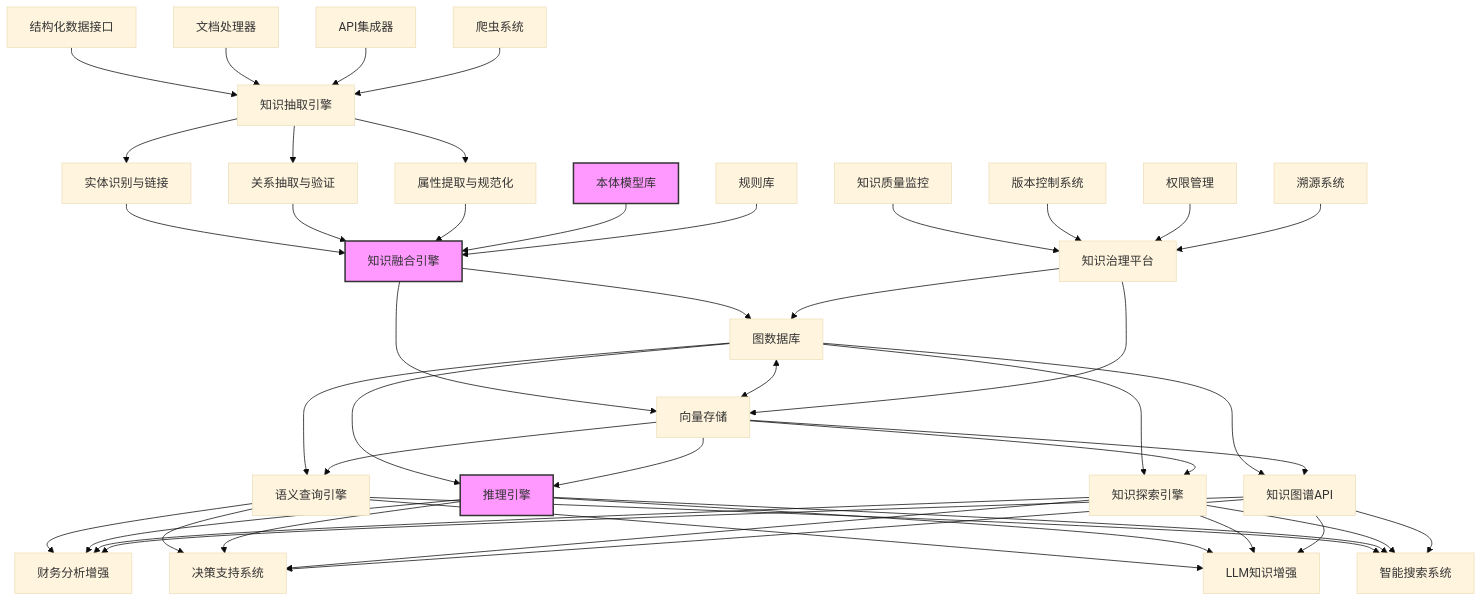
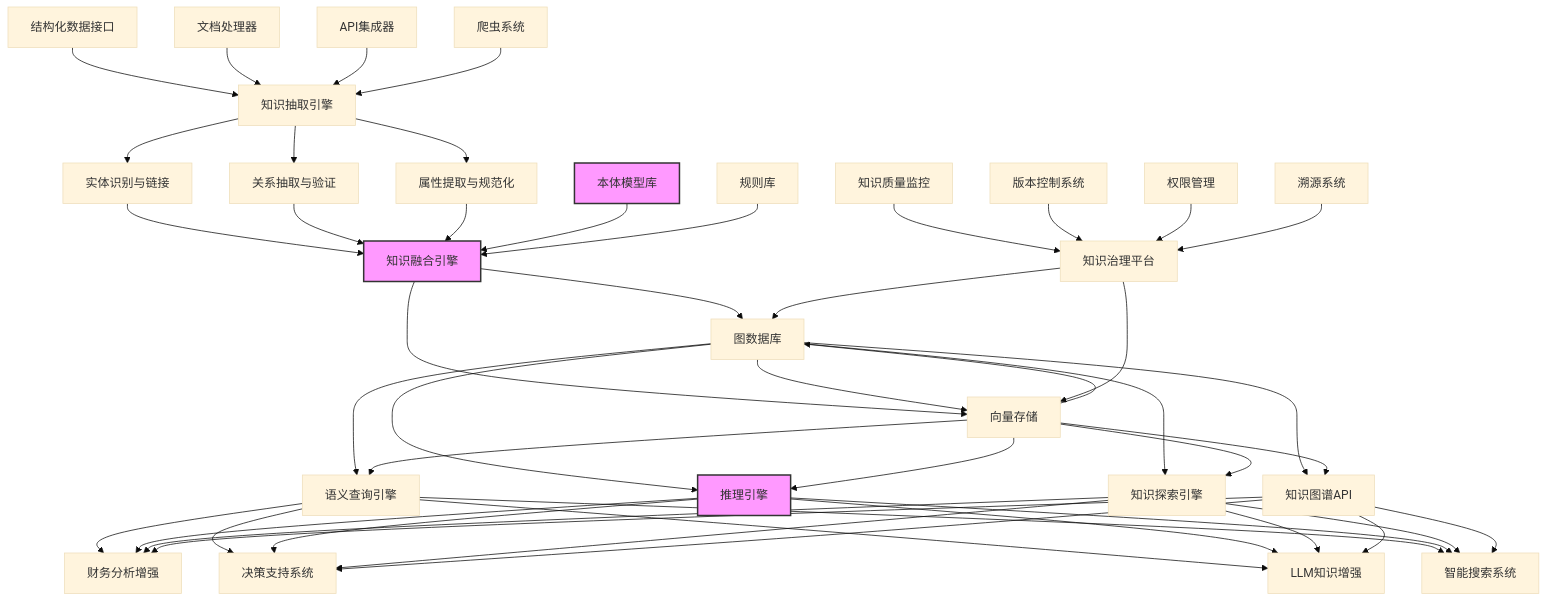
One commit to amcoimg/my-digital-garden changed the diagram in src/site/notes/知识共享/001_财务/99_其他/AI与财务应用/05_财务人工智能系统架构/5.2 数据基础设施/5.2 财务知识图谱构建.md. Above: the diagram before and after it, drawn with Mermaid (base theme).

Commit message:
Published multiple files

````diff
--- a/src/site/notes/知识共享/001_财务/99_其他/AI与财务应用/05_财务人工智能系统架构/5.2 数据基础设施/5.2 财务知识图谱构建.md
+++ b/src/site/notes/知识共享/001_财务/99_其他/AI与财务应用/05_财务人工智能系统架构/5.2 数据基础设施/5.2 财务知识图谱构建.md
@@ -42,57 +42,58 @@
 ```mermaid
 graph TB
   A1[结构化数据接口] --> A[知识抽取引擎]
   A2[文档处理器] --> A
   A3[API集成器] --> A
   A4[爬虫系统] --> A
   
   A --> B1[实体识别与链接]
   A --> B2[关系抽取与验证]
   A --> B3[属性提取与规范化]
   B1 --> B[知识融合引擎]
   B2 --> B
   B3 --> B
   C1[本体模型库] --> B
   C2[规则库] --> B
   
   B --> D[图数据库]
   B --> E[向量存储]
-  D <--> E
+  D --> E
+  E --> D
   
   D --> F1[语义查询引擎]
   E --> F1
   D --> F2[推理引擎]
   E --> F2
   D --> F3[知识探索引擎]
   E --> F3
   D --> F4[知识图谱API]
   E --> F4
   
   F1 --> G1[财务分析增强]
   F2 --> G1
   F3 --> G1
   F4 --> G1
   F1 --> G2[决策支持系统]
   F2 --> G2
   F3 --> G2
   F4 --> G2
   F1 --> G3[LLM知识增强]
   F2 --> G3
   F3 --> G3
   F4 --> G3
   F1 --> G4[智能搜索系统]
   F2 --> G4
   F3 --> G4
   F4 --> G4
   
   H1[知识质量监控] --> H[知识治理平台]
   H2[版本控制系统] --> H
   H3[权限管理] --> H
   H4[溯源系统] --> H
   H --> D
   H --> E
   
   style C1 fill:#f9f,stroke:#333,stroke-width:2px
   style B fill:#f9f,stroke:#333,stroke-width:2px
   style F2 fill:#f9f,stroke:#333,stroke-width:2px
 ```
````
